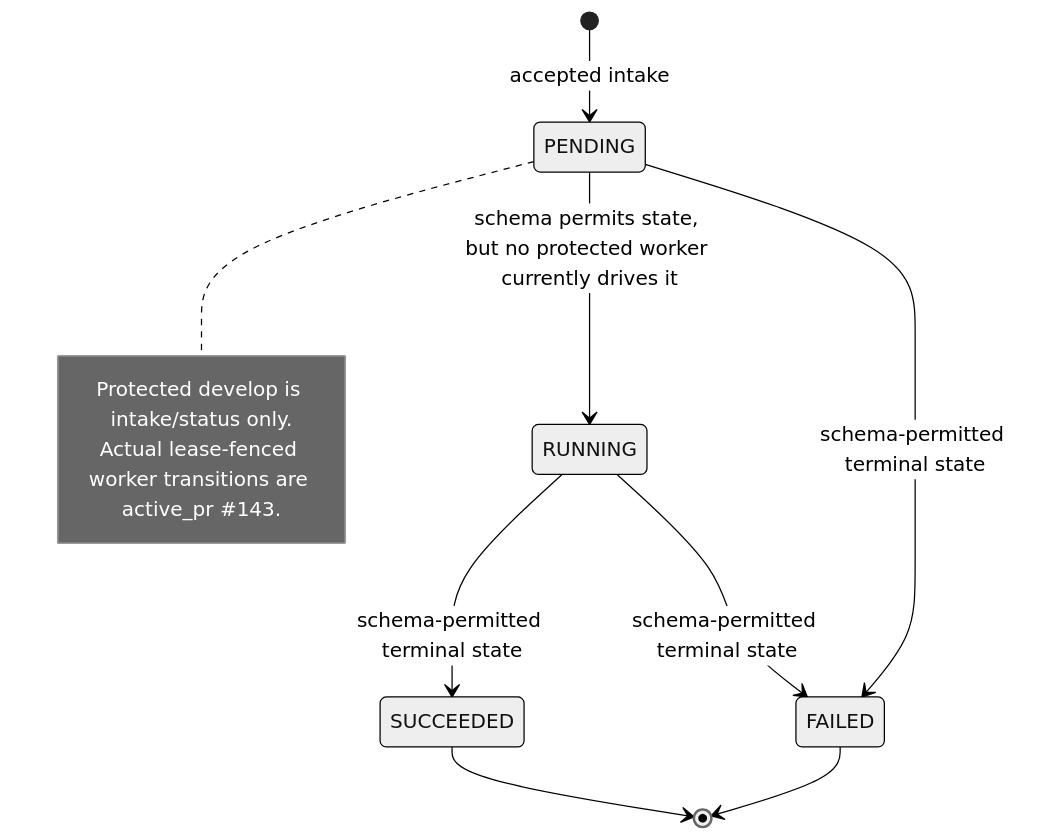
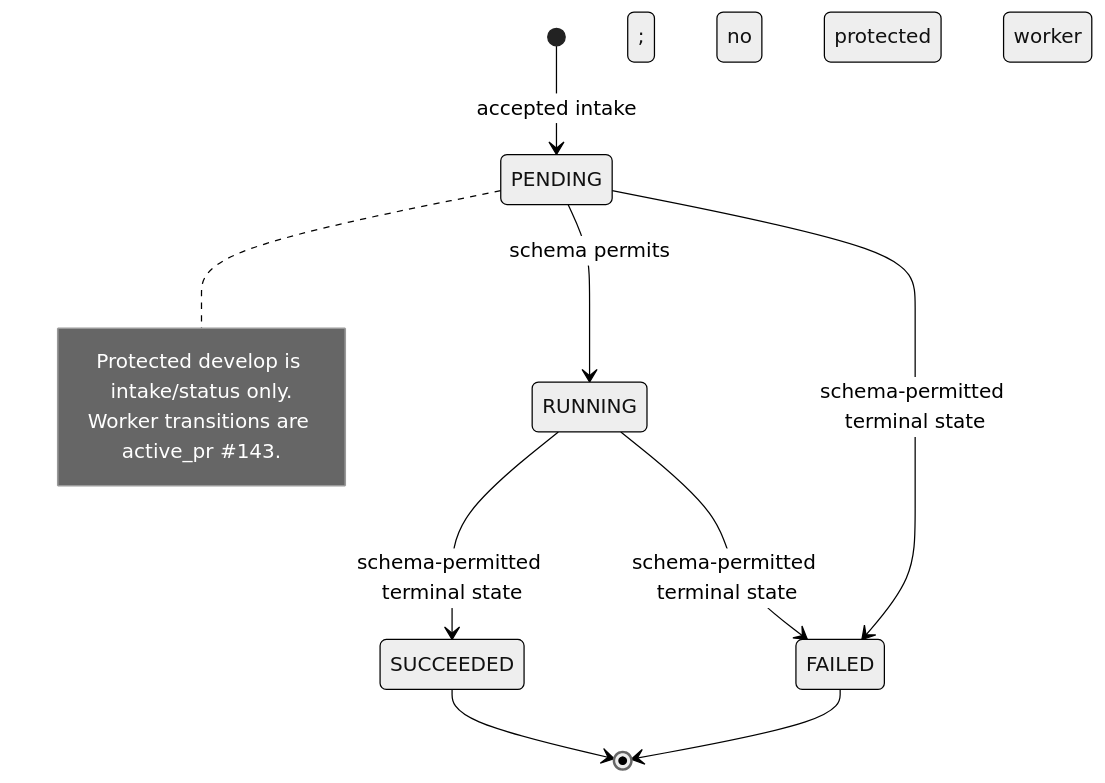
Before and after one commit to ContextualWisdomLab/mightyETL: the fourth of 16 diagrams in docs/UML.md, drawn with Mermaid (neutral theme). The commit also changed other lines of this file, not shown here.

Commit message:
docs: add identity recovery DLT and release UML

````diff
--- a/docs/UML.md
+++ b/docs/UML.md
@@ -111,15 +103,15 @@
 ```mermaid
 stateDiagram-v2
     [*] --> PENDING: accepted intake
-    PENDING --> RUNNING: schema permits state, but no protected worker currently drives it
+    PENDING --> RUNNING: schema permits; no protected worker
     RUNNING --> SUCCEEDED: schema-permitted terminal state
     RUNNING --> FAILED: schema-permitted terminal state
     PENDING --> FAILED: schema-permitted terminal state
     SUCCEEDED --> [*]
     FAILED --> [*]
 
     note right of PENDING
       Protected develop is intake/status only.
-      Actual lease-fenced worker transitions are active_pr #143.
+      Worker transitions are active_pr #143.
     end note
 ```
````
